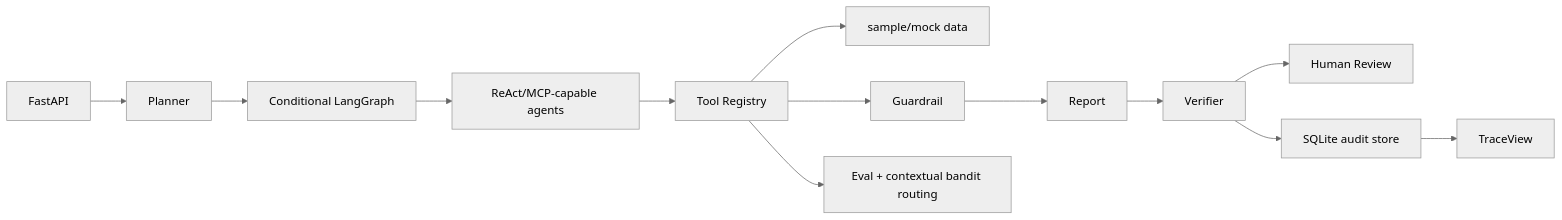
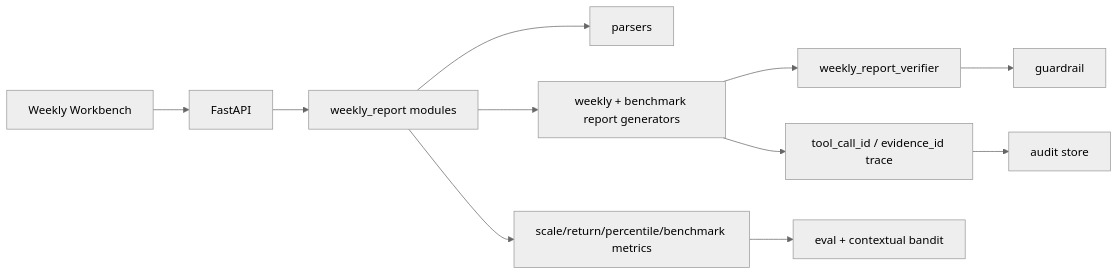
The diagram in README.md (cxy-peter/Wealth-management-Agent), drawn with Mermaid (neutral theme) before and after one commit. The commit also changed other lines of this file and 61 other files, not shown here.

````diff
--- a/README.md
+++ b/README.md
@@ -9,15 +40,13 @@
 ```mermaid
 flowchart LR
-  API["FastAPI"] --> Planner["Planner"]
-  Planner --> Router["Conditional LangGraph"]
-  Router --> Agents["ReAct/MCP-capable agents"]
-  Agents --> Registry["Tool Registry"]
-  Registry --> Data["sample/mock data"]
-  Registry --> Guardrail["Guardrail"]
-  Guardrail --> Report["Report"]
-  Report --> Verifier["Verifier"]
-  Verifier --> Review["Human Review"]
-  Verifier --> Audit["SQLite audit store"]
-  Audit --> Trace["TraceView"]
-  Registry --> Eval["Eval + contextual bandit routing"]
+  UI["Weekly Workbench"] --> API["FastAPI"]
+  API --> Weekly["weekly_report modules"]
+  Weekly --> Parser["parsers"]
+  Weekly --> Metrics["scale/return/percentile/benchmark metrics"]
+  Weekly --> Generator["weekly + benchmark report generators"]
+  Generator --> Verifier["weekly_report_verifier"]
+  Verifier --> Guardrail["guardrail"]
+  Generator --> Trace["tool_call_id / evidence_id trace"]
+  Trace --> SQLite["audit store"]
+  Metrics --> Eval["eval + contextual bandit"]
 ```
````
